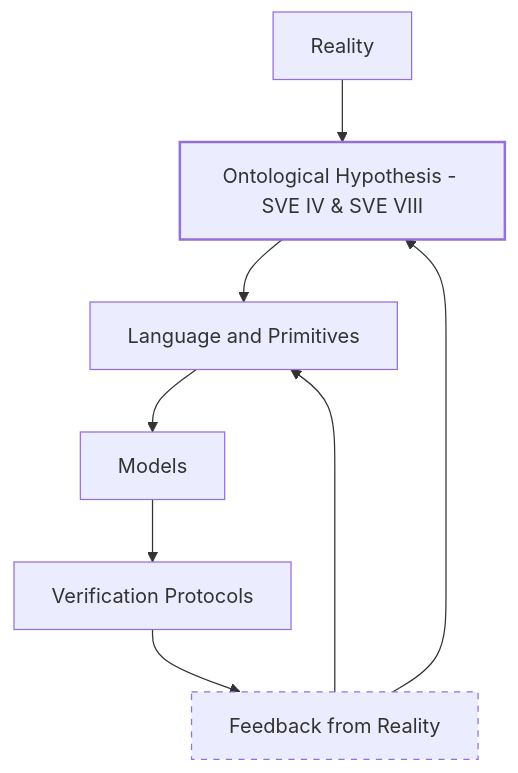
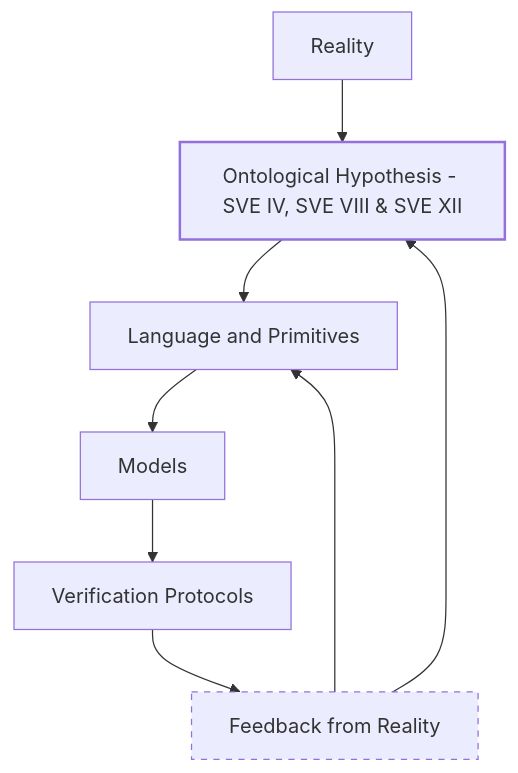
The first of 2 diagrams in README.md (skovnats/SVE-Systemic-Verification-Engineering), drawn with Mermaid before and after one commit. The commit also changed other lines of this file, not shown here.

````diff
--- a/README.md
+++ b/README.md
@@ -36,17 +36,17 @@
 ```mermaid
 flowchart TD
     R[Reality]
-    O[Ontological Hypothesis - SVE IV & SVE VIII]
+    O[Ontological Hypothesis - SVE IV, SVE VIII & SVE XII]
     L[Language and Primitives]
     M[Models]
     V[Verification Protocols]
     F[Feedback from Reality]
 
     R --> O --> L --> M --> V --> F
     F --> O
     F --> L
 
     style O stroke-width:2px
     style F stroke-dasharray: 5 5
 
 ```
````
